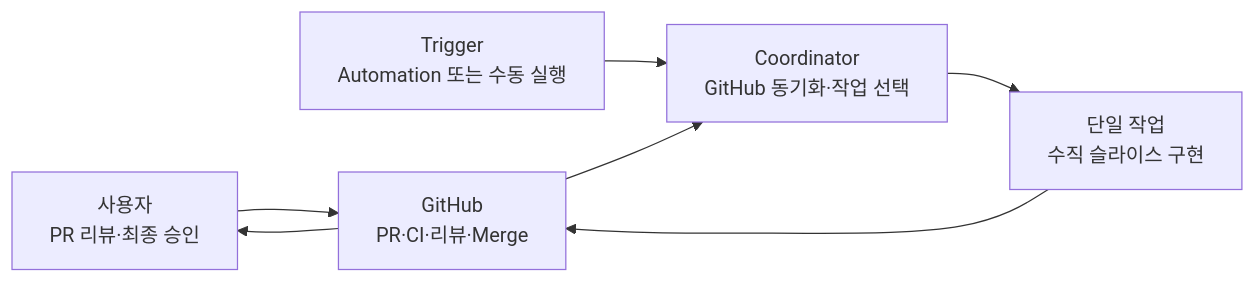
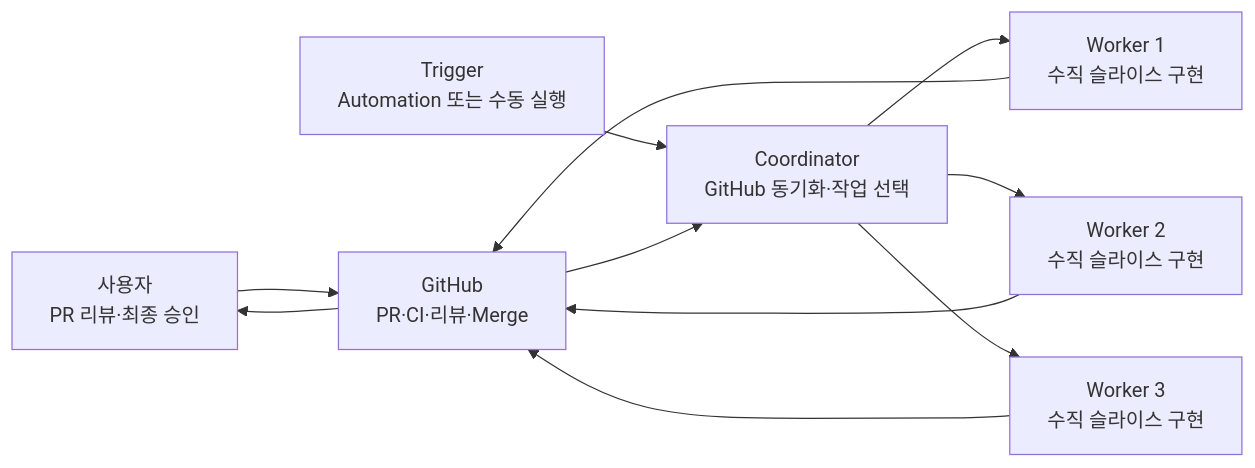
The first of 6 diagrams in docs/workflow/AGENT_WORKFLOW_GUIDE.md (OpenSeedDev/openseed-be), drawn with Mermaid before and after one commit. The commit also changed other lines of this file and 15 other files, not shown here.

Commit message:
chore: 병렬 수직 슬라이스 워크플로우 복원

````diff
--- a/docs/workflow/AGENT_WORKFLOW_GUIDE.md
+++ b/docs/workflow/AGENT_WORKFLOW_GUIDE.md
@@ -11,15 +9,21 @@
 ```mermaid
 flowchart LR
   U["사용자<br/>PR 리뷰·최종 승인"]
   T["Trigger<br/>Automation 또는 수동 실행"]
   C["Coordinator<br/>GitHub 동기화·작업 선택"]
-  W1["단일 작업<br/>수직 슬라이스 구현"]
+  W1["Worker 1<br/>수직 슬라이스 구현"]
+  W2["Worker 2<br/>수직 슬라이스 구현"]
+  W3["Worker 3<br/>수직 슬라이스 구현"]
   GH["GitHub<br/>PR·CI·리뷰·Merge"]
 
   T --> C
   C --> W1
+  C --> W2
+  C --> W3
   W1 --> GH
+  W2 --> GH
+  W3 --> GH
   GH --> C
   U --> GH
   GH --> U
 ```
````
